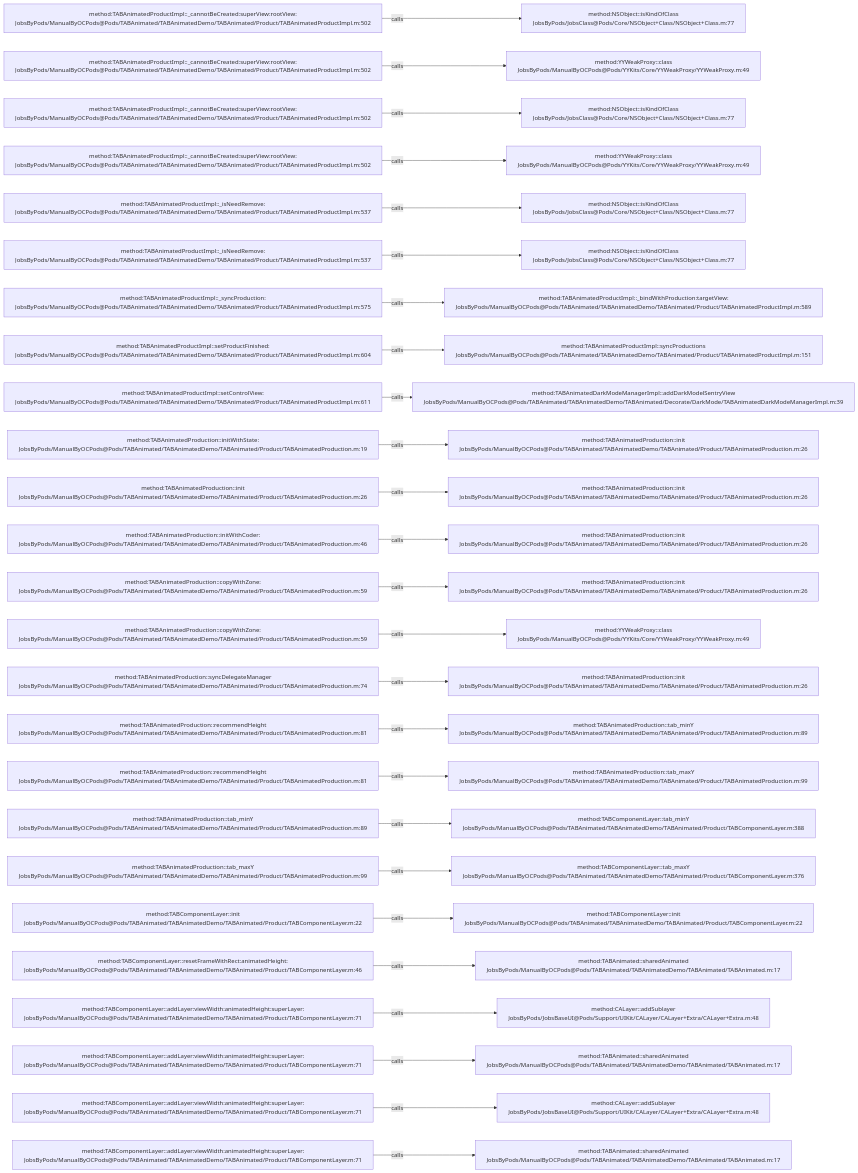
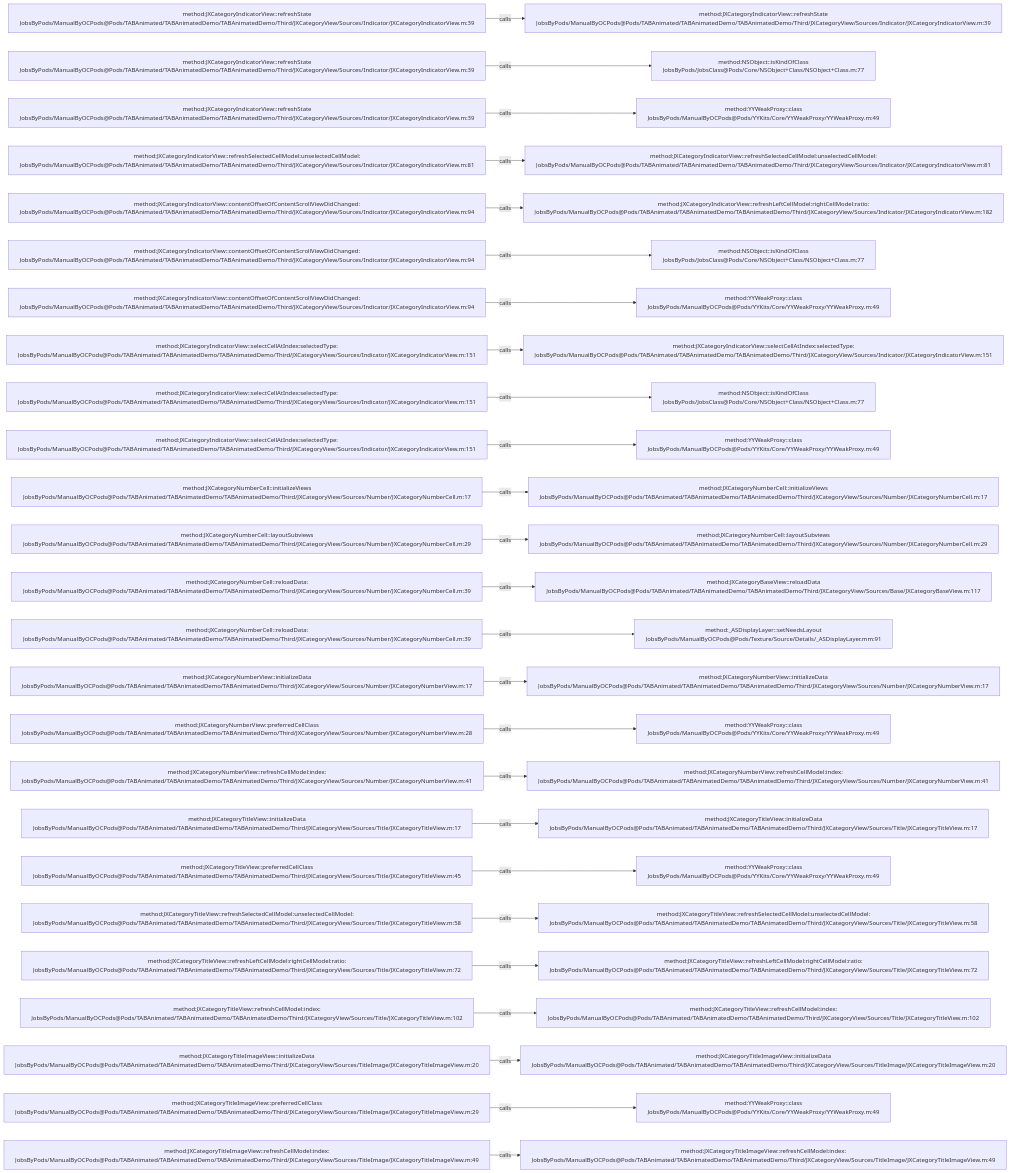
Before and after one commit to JobsKits/JobsOCBaseConfigDemo: the diagram in .codegraph/codegraph.md/graphs/calls-035.md, drawn with Mermaid. The commit also changed 1448 other files, not shown here.

````diff
--- a/.codegraph/codegraph.md/graphs/calls-035.md
+++ b/.codegraph/codegraph.md/graphs/calls-035.md
@@ -13,78 +13,78 @@
 ```mermaid
 flowchart LR
-  S1["method:TABAnimatedProductImpl::_cannotBeCreated:superView:rootView:<br/>JobsByPods/ManualByOCPods@Pods/TABAnimated/TABAnimatedDemo/TABAnimated/Product/TABAnimatedProductImpl.m:502"]
-  T1["method:NSObject::isKindOfClass<br/>JobsByPods/JobsClass@Pods/Core/NSObject+Class/NSObject+Class.m:77"]
+  S1["method:JXCategoryIndicatorView::refreshState<br/>JobsByPods/ManualByOCPods@Pods/TABAnimated/TABAnimatedDemo/TABAnimatedDemo/Third/JXCategoryView/Sources/Indicator/JXCategoryIndicatorView.m:39"]
+  T1["method:JXCategoryIndicatorView::refreshState<br/>JobsByPods/ManualByOCPods@Pods/TABAnimated/TABAnimatedDemo/TABAnimatedDemo/Third/JXCategoryView/Sources/Indicator/JXCategoryIndicatorView.m:39"]
   S1 -->|calls| T1
-  S2["method:TABAnimatedProductImpl::_cannotBeCreated:superView:rootView:<br/>JobsByPods/ManualByOCPods@Pods/TABAnimated/TABAnimatedDemo/TABAnimated/Product/TABAnimatedProductImpl.m:502"]
-  T2["method:YYWeakProxy::class<br/>JobsByPods/ManualByOCPods@Pods/YYKits/Core/YYWeakProxy/YYWeakProxy.m:49"]
+  S2["method:JXCategoryIndicatorView::refreshState<br/>JobsByPods/ManualByOCPods@Pods/TABAnimated/TABAnimatedDemo/TABAnimatedDemo/Third/JXCategoryView/Sources/Indicator/JXCategoryIndicatorView.m:39"]
+  T2["method:NSObject::isKindOfClass<br/>JobsByPods/JobsClass@Pods/Core/NSObject+Class/NSObject+Class.m:77"]
   S2 -->|calls| T2
-  S3["method:TABAnimatedProductImpl::_cannotBeCreated:superView:rootView:<br/>JobsByPods/ManualByOCPods@Pods/TABAnimated/TABAnimatedDemo/TABAnimated/Product/TABAnimatedProductImpl.m:502"]
-  T3["method:NSObject::isKindOfClass<br/>JobsByPods/JobsClass@Pods/Core/NSObject+Class/NSObject+Class.m:77"]
+  S3["method:JXCategoryIndicatorView::refreshState<br/>JobsByPods/ManualByOCPods@Pods/TABAnimated/TABAnimatedDemo/TABAnimatedDemo/Third/JXCategoryView/Sources/Indicator/JXCategoryIndicatorView.m:39"]
+  T3["method:YYWeakProxy::class<br/>JobsByPods/ManualByOCPods@Pods/YYKits/Core/YYWeakProxy/YYWeakProxy.m:49"]
   S3 -->|calls| T3
-  S4["method:TABAnimatedProductImpl::_cannotBeCreated:superView:rootView:<br/>JobsByPods/ManualByOCPods@Pods/TABAnimated/TABAnimatedDemo/TABAnimated/Product/TABAnimatedProductImpl.m:502"]
-  T4["method:YYWeakProxy::class<br/>JobsByPods/ManualByOCPods@Pods/YYKits/Core/YYWeakProxy/YYWeakProxy.m:49"]
+  S4["method:JXCategoryIndicatorView::refreshSelectedCellModel:unselectedCellModel:<br/>JobsByPods/ManualByOCPods@Pods/TABAnimated/TABAnimatedDemo/TABAnimatedDemo/Third/JXCategoryView/Sources/Indicator/JXCategoryIndicatorView.m:81"]
+  T4["method:JXCategoryIndicatorView::refreshSelectedCellModel:unselectedCellModel:<br/>JobsByPods/ManualByOCPods@Pods/TABAnimated/TABAnimatedDemo/TABAnimatedDemo/Third/JXCategoryView/Sources/Indicator/JXCategoryIndicatorView.m:81"]
   S4 -->|calls| T4
-  S5["method:TABAnimatedProductImpl::_isNeedRemove:<br/>JobsByPods/ManualByOCPods@Pods/TABAnimated/TABAnimatedDemo/TABAnimated/Product/TABAnimatedProductImpl.m:537"]
-  T5["method:NSObject::isKindOfClass<br/>JobsByPods/JobsClass@Pods/Core/NSObject+Class/NSObject+Class.m:77"]
+  S5["method:JXCategoryIndicatorView::contentOffsetOfContentScrollViewDidChanged:<br/>JobsByPods/ManualByOCPods@Pods/TABAnimated/TABAnimatedDemo/TABAnimatedDemo/Third/JXCategoryView/Sources/Indicator/JXCategoryIndicatorView.m:94"]
+  T5["method:JXCategoryIndicatorView::refreshLeftCellModel:rightCellModel:ratio:<br/>JobsByPods/ManualByOCPods@Pods/TABAnimated/TABAnimatedDemo/TABAnimatedDemo/Third/JXCategoryView/Sources/Indicator/JXCategoryIndicatorView.m:182"]
   S5 -->|calls| T5
-  S6["method:TABAnimatedProductImpl::_isNeedRemove:<br/>JobsByPods/ManualByOCPods@Pods/TABAnimated/TABAnimatedDemo/TABAnimated/Product/TABAnimatedProductImpl.m:537"]
+  S6["method:JXCategoryIndicatorView::contentOffsetOfContentScrollViewDidChanged:<br/>JobsByPods/ManualByOCPods@Pods/TABAnimated/TABAnimatedDemo/TABAnimatedDemo/Third/JXCategoryView/Sources/Indicator/JXCategoryIndicatorView.m:94"]
   T6["method:NSObject::isKindOfClass<br/>JobsByPods/JobsClass@Pods/Core/NSObject+Class/NSObject+Class.m:77"]
   S6 -->|calls| T6
-  S7["method:TABAnimatedProductImpl::_syncProduction:<br/>JobsByPods/ManualByOCPods@Pods/TABAnimated/TABAnimatedDemo/TABAnimated/Product/TABAnimatedProductImpl.m:575"]
-  T7["method:TABAnimatedProductImpl::_bindWithProduction:targetView:<br/>JobsByPods/ManualByOCPods@Pods/TABAnimated/TABAnimatedDemo/TABAnimated/Product/TABAnimatedProductImpl.m:589"]
+  S7["method:JXCategoryIndicatorView::contentOffsetOfContentScrollViewDidChanged:<br/>JobsByPods/ManualByOCPods@Pods/TABAnimated/TABAnimatedDemo/TABAnimatedDemo/Third/JXCategoryView/Sources/Indicator/JXCategoryIndicatorView.m:94"]
+  T7["method:YYWeakProxy::class<br/>JobsByPods/ManualByOCPods@Pods/YYKits/Core/YYWeakProxy/YYWeakProxy.m:49"]
   S7 -->|calls| T7
-  S8["method:TABAnimatedProductImpl::setProductFinished:<br/>JobsByPods/ManualByOCPods@Pods/TABAnimated/TABAnimatedDemo/TABAnimated/Product/TABAnimatedProductImpl.m:604"]
-  T8["method:TABAnimatedProductImpl::syncProductions<br/>JobsByPods/ManualByOCPods@Pods/TABAnimated/TABAnimatedDemo/TABAnimated/Product/TABAnimatedProductImpl.m:151"]
+  S8["method:JXCategoryIndicatorView::selectCellAtIndex:selectedType:<br/>JobsByPods/ManualByOCPods@Pods/TABAnimated/TABAnimatedDemo/TABAnimatedDemo/Third/JXCategoryView/Sources/Indicator/JXCategoryIndicatorView.m:151"]
+  T8["method:JXCategoryIndicatorView::selectCellAtIndex:selectedType:<br/>JobsByPods/ManualByOCPods@Pods/TABAnimated/TABAnimatedDemo/TABAnimatedDemo/Third/JXCategoryView/Sources/Indicator/JXCategoryIndicatorView.m:151"]
   S8 -->|calls| T8
-  S9["method:TABAnimatedProductImpl::setControlView:<br/>JobsByPods/ManualByOCPods@Pods/TABAnimated/TABAnimatedDemo/TABAnimated/Product/TABAnimatedProductImpl.m:611"]
-  T9["method:TABAnimatedDarkModeManagerImpl::addDarkModelSentryView<br/>JobsByPods/ManualByOCPods@Pods/TABAnimated/TABAnimatedDemo/TABAnimated/Decorate/DarkMode/TABAnimatedDarkModeManagerImpl.m:39"]
+  S9["method:JXCategoryIndicatorView::selectCellAtIndex:selectedType:<br/>JobsByPods/ManualByOCPods@Pods/TABAnimated/TABAnimatedDemo/TABAnimatedDemo/Third/JXCategoryView/Sources/Indicator/JXCategoryIndicatorView.m:151"]
+  T9["method:NSObject::isKindOfClass<br/>JobsByPods/JobsClass@Pods/Core/NSObject+Class/NSObject+Class.m:77"]
   S9 -->|calls| T9
-  S10["method:TABAnimatedProduction::initWithState:<br/>JobsByPods/ManualByOCPods@Pods/TABAnimated/TABAnimatedDemo/TABAnimated/Product/TABAnimatedProduction.m:19"]
-  T10["method:TABAnimatedProduction::init<br/>JobsByPods/ManualByOCPods@Pods/TABAnimated/TABAnimatedDemo/TABAnimated/Product/TABAnimatedProduction.m:26"]
+  S10["method:JXCategoryIndicatorView::selectCellAtIndex:selectedType:<br/>JobsByPods/ManualByOCPods@Pods/TABAnimated/TABAnimatedDemo/TABAnimatedDemo/Third/JXCategoryView/Sources/Indicator/JXCategoryIndicatorView.m:151"]
+  T10["method:YYWeakProxy::class<br/>JobsByPods/ManualByOCPods@Pods/YYKits/Core/YYWeakProxy/YYWeakProxy.m:49"]
   S10 -->|calls| T10
-  S11["method:TABAnimatedProduction::init<br/>JobsByPods/ManualByOCPods@Pods/TABAnimated/TABAnimatedDemo/TABAnimated/Product/TABAnimatedProduction.m:26"]
-  T11["method:TABAnimatedProduction::init<br/>JobsByPods/ManualByOCPods@Pods/TABAnimated/TABAnimatedDemo/TABAnimated/Product/TABAnimatedProduction.m:26"]
+  S11["method:JXCategoryNumberCell::initializeViews<br/>JobsByPods/ManualByOCPods@Pods/TABAnimated/TABAnimatedDemo/TABAnimatedDemo/Third/JXCategoryView/Sources/Number/JXCategoryNumberCell.m:17"]
+  T11["method:JXCategoryNumberCell::initializeViews<br/>JobsByPods/ManualByOCPods@Pods/TABAnimated/TABAnimatedDemo/TABAnimatedDemo/Third/JXCategoryView/Sources/Number/JXCategoryNumberCell.m:17"]
   S11 -->|calls| T11
-  S12["method:TABAnimatedProduction::initWithCoder:<br/>JobsByPods/ManualByOCPods@Pods/TABAnimated/TABAnimatedDemo/TABAnimated/Product/TABAnimatedProduction.m:46"]
-  T12["method:TABAnimatedProduction::init<br/>JobsByPods/ManualByOCPods@Pods/TABAnimated/TABAnimatedDemo/TABAnimated/Product/TABAnimatedProduction.m:26"]
+  S12["method:JXCategoryNumberCell::layoutSubviews<br/>JobsByPods/ManualByOCPods@Pods/TABAnimated/TABAnimatedDemo/TABAnimatedDemo/Third/JXCategoryView/Sources/Number/JXCategoryNumberCell.m:29"]
+  T12["method:JXCategoryNumberCell::layoutSubviews<br/>JobsByPods/ManualByOCPods@Pods/TABAnimated/TABAnimatedDemo/TABAnimatedDemo/Third/JXCategoryView/Sources/Number/JXCategoryNumberCell.m:29"]
   S12 -->|calls| T12
-  S13["method:TABAnimatedProduction::copyWithZone:<br/>JobsByPods/ManualByOCPods@Pods/TABAnimated/TABAnimatedDemo/TABAnimated/Product/TABAnimatedProduction.m:59"]
-  T13["method:TABAnimatedProduction::init<br/>JobsByPods/ManualByOCPods@Pods/TABAnimated/TABAnimatedDemo/TABAnimated/Product/TABAnimatedProduction.m:26"]
+  S13["method:JXCategoryNumberCell::reloadData:<br/>JobsByPods/ManualByOCPods@Pods/TABAnimated/TABAnimatedDemo/TABAnimatedDemo/Third/JXCategoryView/Sources/Number/JXCategoryNumberCell.m:39"]
+  T13["method:JXCategoryBaseView::reloadData<br/>JobsByPods/ManualByOCPods@Pods/TABAnimated/TABAnimatedDemo/TABAnimatedDemo/Third/JXCategoryView/Sources/Base/JXCategoryBaseView.m:117"]
   S13 -->|calls| T13
-  S14["method:TABAnimatedProduction::copyWithZone:<br/>JobsByPods/ManualByOCPods@Pods/TABAnimated/TABAnimatedDemo/TABAnimated/Product/TABAnimatedProduction.m:59"]
-  T14["method:YYWeakProxy::class<br/>JobsByPods/ManualByOCPods@Pods/YYKits/Core/YYWeakProxy/YYWeakProxy.m:49"]
+  S14["method:JXCategoryNumberCell::reloadData:<br/>JobsByPods/ManualByOCPods@Pods/TABAnimated/TABAnimatedDemo/TABAnimatedDemo/Third/JXCategoryView/Sources/Number/JXCategoryNumberCell.m:39"]
+  T14["method:_ASDisplayLayer::setNeedsLayout<br/>JobsByPods/ManualByOCPods@Pods/Texture/Source/Details/_ASDisplayLayer.mm:91"]
   S14 -->|calls| T14
-  S15["method:TABAnimatedProduction::syncDelegateManager<br/>JobsByPods/ManualByOCPods@Pods/TABAnimated/TABAnimatedDemo/TABAnimated/Product/TABAnimatedProduction.m:74"]
-  T15["method:TABAnimatedProduction::init<br/>JobsByPods/ManualByOCPods@Pods/TABAnimated/TABAnimatedDemo/TABAnimated/Product/TABAnimatedProduction.m:26"]
+  S15["method:JXCategoryNumberView::initializeData<br/>JobsByPods/ManualByOCPods@Pods/TABAnimated/TABAnimatedDemo/TABAnimatedDemo/Third/JXCategoryView/Sources/Number/JXCategoryNumberView.m:17"]
+  T15["method:JXCategoryNumberView::initializeData<br/>JobsByPods/ManualByOCPods@Pods/TABAnimated/TABAnimatedDemo/TABAnimatedDemo/Third/JXCategoryView/Sources/Number/JXCategoryNumberView.m:17"]
   S15 -->|calls| T15
-  S16["method:TABAnimatedProduction::recommendHeight<br/>JobsByPods/ManualByOCPods@Pods/TABAnimated/TABAnimatedDemo/TABAnimated/Product/TABAnimatedProduction.m:81"]
-  T16["method:TABAnimatedProduction::tab_minY<br/>JobsByPods/ManualByOCPods@Pods/TABAnimated/TABAnimatedDemo/TABAnimated/Product/TABAnimatedProduction.m:89"]
+  S16["method:JXCategoryNumberView::preferredCellClass<br/>JobsByPods/ManualByOCPods@Pods/TABAnimated/TABAnimatedDemo/TABAnimatedDemo/Third/JXCategoryView/Sources/Number/JXCategoryNumberView.m:28"]
+  T16["method:YYWeakProxy::class<br/>JobsByPods/ManualByOCPods@Pods/YYKits/Core/YYWeakProxy/YYWeakProxy.m:49"]
   S16 -->|calls| T16
-  S17["method:TABAnimatedProduction::recommendHeight<br/>JobsByPods/ManualByOCPods@Pods/TABAnimated/TABAnimatedDemo/TABAnimated/Product/TABAnimatedProduction.m:81"]
-  T17["method:TABAnimatedProduction::tab_maxY<br/>JobsByPods/ManualByOCPods@Pods/TABAnimated/TABAnimatedDemo/TABAnimated/Product/TABAnimatedProduction.m:99"]
+  S17["method:JXCategoryNumberView::refreshCellModel:index:<br/>JobsByPods/ManualByOCPods@Pods/TABAnimated/TABAnimatedDemo/TABAnimatedDemo/Third/JXCategoryView/Sources/Number/JXCategoryNumberView.m:41"]
+  T17["method:JXCategoryNumberView::refreshCellModel:index:<br/>JobsByPods/ManualByOCPods@Pods/TABAnimated/TABAnimatedDemo/TABAnimatedDemo/Third/JXCategoryView/Sources/Number/JXCategoryNumberView.m:41"]
   S17 -->|calls| T17
-  S18["method:TABAnimatedProduction::tab_minY<br/>JobsByPods/ManualByOCPods@Pods/TABAnimated/TABAnimatedDemo/TABAnimated/Product/TABAnimatedProduction.m:89"]
-  T18["method:TABComponentLayer::tab_minY<br/>JobsByPods/ManualByOCPods@Pods/TABAnimated/TABAnimatedDemo/TABAnimated/Product/TABComponentLayer.m:388"]
+  S18["method:JXCategoryTitleView::initializeData<br/>JobsByPods/ManualByOCPods@Pods/TABAnimated/TABAnimatedDemo/TABAnimatedDemo/Third/JXCategoryView/Sources/Title/JXCategoryTitleView.m:17"]
+  T18["method:JXCategoryTitleView::initializeData<br/>JobsByPods/ManualByOCPods@Pods/TABAnimated/TABAnimatedDemo/TABAnimatedDemo/Third/JXCategoryView/Sources/Title/JXCategoryTitleView.m:17"]
   S18 -->|calls| T18
-  S19["method:TABAnimatedProduction::tab_maxY<br/>JobsByPods/ManualByOCPods@Pods/TABAnimated/TABAnimatedDemo/TABAnimated/Product/TABAnimatedProduction.m:99"]
-  T19["method:TABComponentLayer::tab_maxY<br/>JobsByPods/ManualByOCPods@Pods/TABAnimated/TABAnimatedDemo/TABAnimated/Product/TABComponentLayer.m:376"]
+  S19["method:JXCategoryTitleView::preferredCellClass<br/>JobsByPods/ManualByOCPods@Pods/TABAnimated/TABAnimatedDemo/TABAnimatedDemo/Third/JXCategoryView/Sources/Title/JXCategoryTitleView.m:45"]
+  T19["method:YYWeakProxy::class<br/>JobsByPods/ManualByOCPods@Pods/YYKits/Core/YYWeakProxy/YYWeakProxy.m:49"]
   S19 -->|calls| T19
-  S20["method:TABComponentLayer::init<br/>JobsByPods/ManualByOCPods@Pods/TABAnimated/TABAnimatedDemo/TABAnimated/Product/TABComponentLayer.m:22"]
-  T20["method:TABComponentLayer::init<br/>JobsByPods/ManualByOCPods@Pods/TABAnimated/TABAnimatedDemo/TABAnimated/Product/TABComponentLayer.m:22"]
+  S20["method:JXCategoryTitleView::refreshSelectedCellModel:unselectedCellModel:<br/>JobsByPods/ManualByOCPods@Pods/TABAnimated/TABAnimatedDemo/TABAnimatedDemo/Third/JXCategoryView/Sources/Title/JXCategoryTitleView.m:58"]
+  T20["method:JXCategoryTitleView::refreshSelectedCellModel:unselectedCellModel:<br/>JobsByPods/ManualByOCPods@Pods/TABAnimated/TABAnimatedDemo/TABAnimatedDemo/Third/JXCategoryView/Sources/Title/JXCategoryTitleView.m:58"]
   S20 -->|calls| T20
-  S21["method:TABComponentLayer::resetFrameWithRect:animatedHeight:<br/>JobsByPods/ManualByOCPods@Pods/TABAnimated/TABAnimatedDemo/TABAnimated/Product/TABComponentLayer.m:46"]
-  T21["method:TABAnimated::sharedAnimated<br/>JobsByPods/ManualByOCPods@Pods/TABAnimated/TABAnimatedDemo/TABAnimated/TABAnimated.m:17"]
+  S21["method:JXCategoryTitleView::refreshLeftCellModel:rightCellModel:ratio:<br/>JobsByPods/ManualByOCPods@Pods/TABAnimated/TABAnimatedDemo/TABAnimatedDemo/Third/JXCategoryView/Sources/Title/JXCategoryTitleView.m:72"]
+  T21["method:JXCategoryTitleView::refreshLeftCellModel:rightCellModel:ratio:<br/>JobsByPods/ManualByOCPods@Pods/TABAnimated/TABAnimatedDemo/TABAnimatedDemo/Third/JXCategoryView/Sources/Title/JXCategoryTitleView.m:72"]
   S21 -->|calls| T21
-  S22["method:TABComponentLayer::addLayer:viewWidth:animatedHeight:superLayer:<br/>JobsByPods/ManualByOCPods@Pods/TABAnimated/TABAnimatedDemo/TABAnimated/Product/TABComponentLayer.m:71"]
-  T22["method:CALayer::addSublayer<br/>JobsByPods/JobsBaseUI@Pods/Support/UIKit/CALayer/CALayer+Extra/CALayer+Extra.m:48"]
+  S22["method:JXCategoryTitleView::refreshCellModel:index:<br/>JobsByPods/ManualByOCPods@Pods/TABAnimated/TABAnimatedDemo/TABAnimatedDemo/Third/JXCategoryView/Sources/Title/JXCategoryTitleView.m:102"]
+  T22["method:JXCategoryTitleView::refreshCellModel:index:<br/>JobsByPods/ManualByOCPods@Pods/TABAnimated/TABAnimatedDemo/TABAnimatedDemo/Third/JXCategoryView/Sources/Title/JXCategoryTitleView.m:102"]
   S22 -->|calls| T22
-  S23["method:TABComponentLayer::addLayer:viewWidth:animatedHeight:superLayer:<br/>JobsByPods/ManualByOCPods@Pods/TABAnimated/TABAnimatedDemo/TABAnimated/Product/TABComponentLayer.m:71"]
-  T23["method:TABAnimated::sharedAnimated<br/>JobsByPods/ManualByOCPods@Pods/TABAnimated/TABAnimatedDemo/TABAnimated/TABAnimated.m:17"]
+  S23["method:JXCategoryTitleImageView::initializeData<br/>JobsByPods/ManualByOCPods@Pods/TABAnimated/TABAnimatedDemo/TABAnimatedDemo/Third/JXCategoryView/Sources/TitleImage/JXCategoryTitleImageView.m:20"]
+  T23["method:JXCategoryTitleImageView::initializeData<br/>JobsByPods/ManualByOCPods@Pods/TABAnimated/TABAnimatedDemo/TABAnimatedDemo/Third/JXCategoryView/Sources/TitleImage/JXCategoryTitleImageView.m:20"]
   S23 -->|calls| T23
-  S24["method:TABComponentLayer::addLayer:viewWidth:animatedHeight:superLayer:<br/>JobsByPods/ManualByOCPods@Pods/TABAnimated/TABAnimatedDemo/TABAnimated/Product/TABComponentLayer.m:71"]
-  T24["method:CALayer::addSublayer<br/>JobsByPods/JobsBaseUI@Pods/Support/UIKit/CALayer/CALayer+Extra/CALayer+Extra.m:48"]
+  S24["method:JXCategoryTitleImageView::preferredCellClass<br/>JobsByPods/ManualByOCPods@Pods/TABAnimated/TABAnimatedDemo/TABAnimatedDemo/Third/JXCategoryView/Sources/TitleImage/JXCategoryTitleImageView.m:29"]
+  T24["method:YYWeakProxy::class<br/>JobsByPods/ManualByOCPods@Pods/YYKits/Core/YYWeakProxy/YYWeakProxy.m:49"]
   S24 -->|calls| T24
-  S25["method:TABComponentLayer::addLayer:viewWidth:animatedHeight:superLayer:<br/>JobsByPods/ManualByOCPods@Pods/TABAnimated/TABAnimatedDemo/TABAnimated/Product/TABComponentLayer.m:71"]
-  T25["method:TABAnimated::sharedAnimated<br/>JobsByPods/ManualByOCPods@Pods/TABAnimated/TABAnimatedDemo/TABAnimated/TABAnimated.m:17"]
+  S25["method:JXCategoryTitleImageView::refreshCellModel:index:<br/>JobsByPods/ManualByOCPods@Pods/TABAnimated/TABAnimatedDemo/TABAnimatedDemo/Third/JXCategoryView/Sources/TitleImage/JXCategoryTitleImageView.m:49"]
+  T25["method:JXCategoryTitleImageView::refreshCellModel:index:<br/>JobsByPods/ManualByOCPods@Pods/TABAnimated/TABAnimatedDemo/TABAnimatedDemo/Third/JXCategoryView/Sources/TitleImage/JXCategoryTitleImageView.m:49"]
   S25 -->|calls| T25
 ```
````
